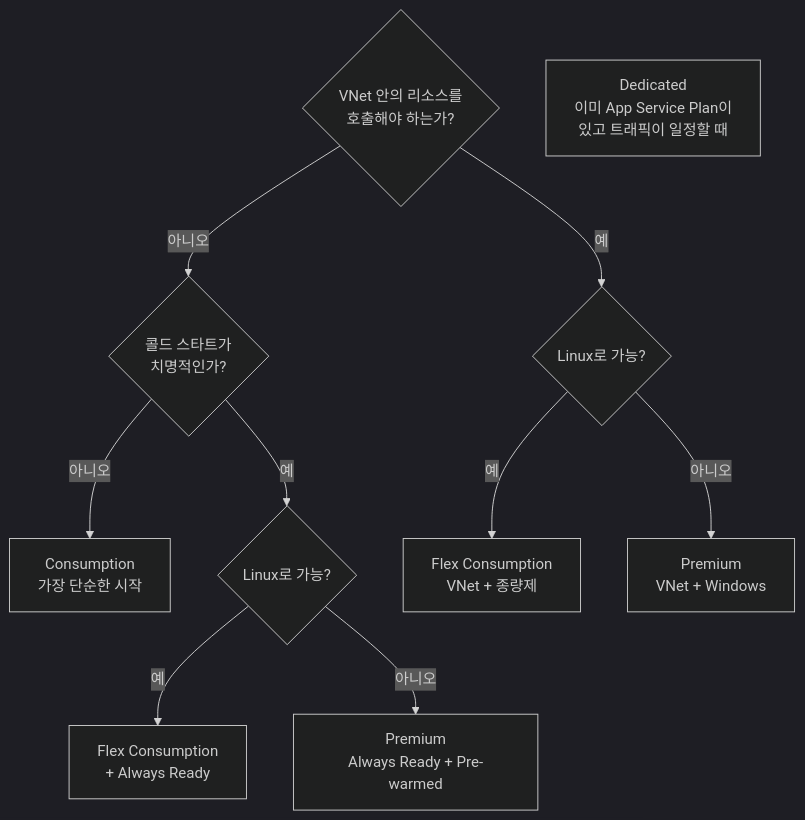
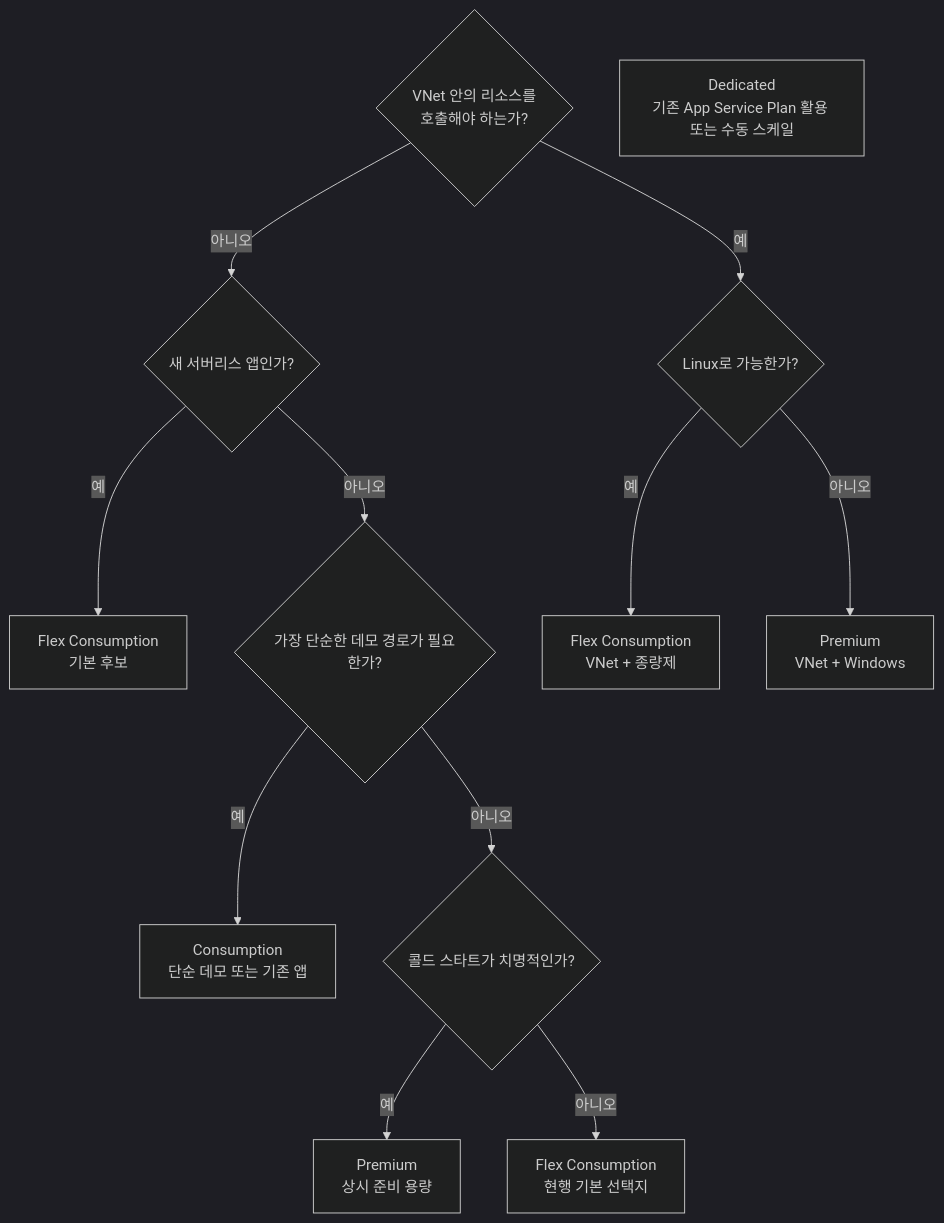
The second of 2 diagrams in azure-functions-101/ko/05-choosing-a-plan.md (yeongseon-books/book-content), drawn with Mermaid (dark theme) before and after one commit. The commit also changed other lines of this file and 42 other files, not shown here.

First line of the commit message:
fix: 오라클 리뷰 반영 — Functions 101/Deep Dive 사실관계·톤·다이어그램 정리, App Service 101 ko/en 재구조화

````diff
--- a/azure-functions-101/ko/05-choosing-a-plan.md
+++ b/azure-functions-101/ko/05-choosing-a-plan.md
@@ -179,17 +182,20 @@
 ```mermaid
 graph TD
     Q1{VNet 안의 리소스를<br/>호출해야 하는가?}
-    Q1 -- 아니오 --> Q2{콜드 스타트가<br/>치명적인가?}
-    Q1 -- 예 --> Q3{Linux로 가능?}
+    Q1 -- 아니오 --> Q2{새 서버리스 앱인가?}
+    Q1 -- 예 --> Q3{Linux로 가능한가?}
 
-    Q2 -- 아니오 --> CONS[Consumption<br/>가장 단순한 시작]
-    Q2 -- 예 --> Q4{Linux로 가능?}
+    Q2 -- 예 --> FLEX0[Flex Consumption<br/>기본 후보]
+    Q2 -- 아니오 --> Q4{가장 단순한 데모 경로가 필요한가?}
 
-    Q3 -- 예 --> FLEX[Flex Consumption<br/>VNet + 종량제]
+    Q3 -- 예 --> FLEX1[Flex Consumption<br/>VNet + 종량제]
     Q3 -- 아니오 --> PREM1[Premium<br/>VNet + Windows]
 
-    Q4 -- 예 --> FLEX2[Flex Consumption<br/>+ Always Ready]
-    Q4 -- 아니오 --> PREM2[Premium<br/>Always Ready + Pre-warmed]
+    Q4 -- 예 --> CONS[Consumption<br/>단순 데모 또는 기존 앱]
+    Q4 -- 아니오 --> Q5{콜드 스타트가 치명적인가?}
 
-    DED[Dedicated<br/>이미 App Service Plan이<br/>있고 트래픽이 일정할 때]
+    Q5 -- 예 --> PREM2[Premium<br/>상시 준비 용량]
+    Q5 -- 아니오 --> FLEX2[Flex Consumption<br/>현행 기본 선택지]
+
+    DED[Dedicated<br/>기존 App Service Plan 활용 또는 수동 스케일]
 ```
````
